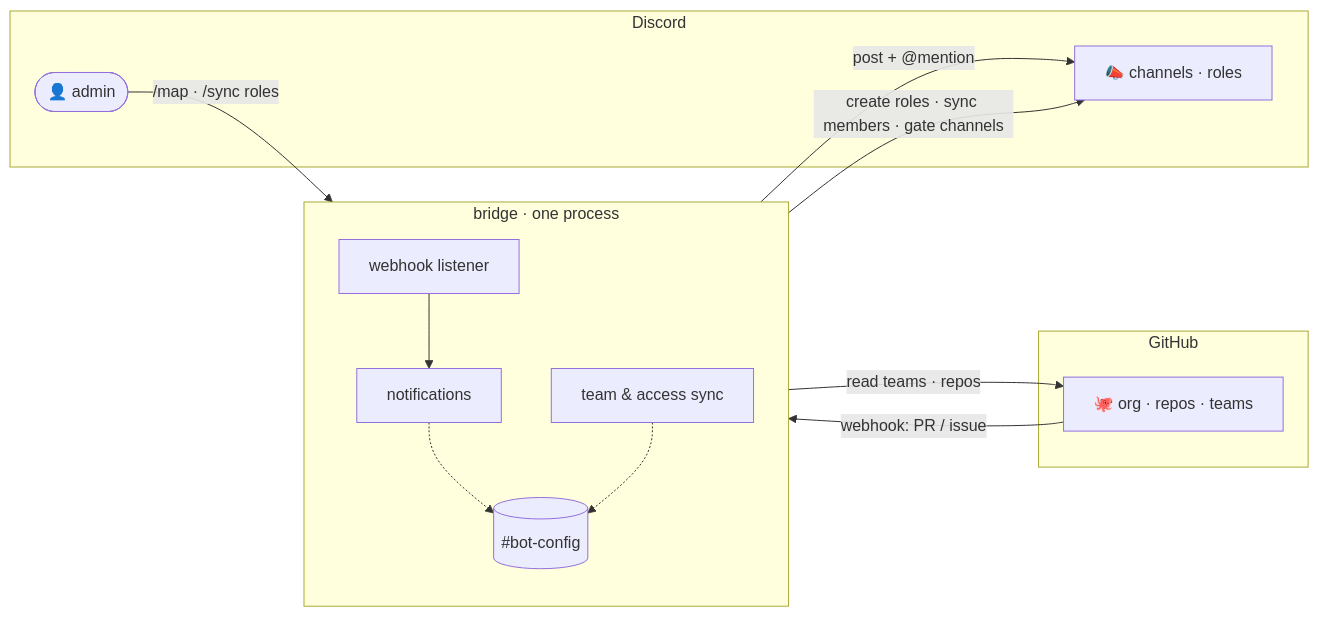
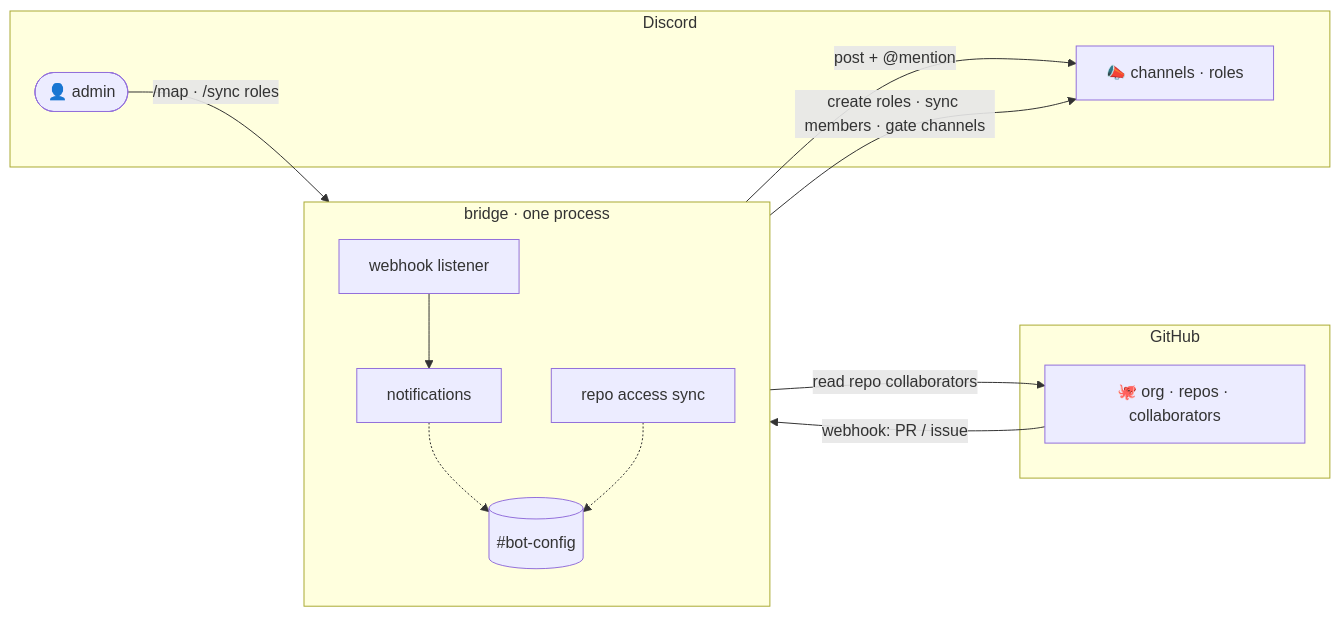
Before and after one commit to ranqialabs/workspace: the diagram in docs/index.md, drawn with Mermaid. The commit also changed other lines of this file and 6 other files, not shown here.

Commit message:
feat: gate channels by effective repo access (collaborators, not teams); purge non-config messages

````diff
--- a/docs/index.md
+++ b/docs/index.md
@@ -55,28 +56,28 @@
 ```mermaid
 flowchart LR
   subgraph gh [GitHub]
-    GH["🐙 org · repos · teams"]
+    GH["🐙 org · repos · collaborators"]
   end
 
   subgraph bot [bridge · one process]
     direction TB
     W["webhook listener"]
     N["notifications"]
-    S["team &amp; access sync"]
+    S["repo access sync"]
     CFG[("#bot-config")]
     W --> N
     N -.-> CFG
     S -.-> CFG
   end
 
   subgraph dc [Discord]
     DC["📣 channels · roles"]
     A(["👤 admin"])
   end
 
   GH -- "webhook: PR / issue" --> W
   N -- "post + @mention" --> DC
   A -- "/map · /sync roles" --> S
-  S -- "read teams · repos" --> GH
+  S -- "read repo collaborators" --> GH
   S -- "create roles · sync members · gate channels" --> DC
 ```
````
